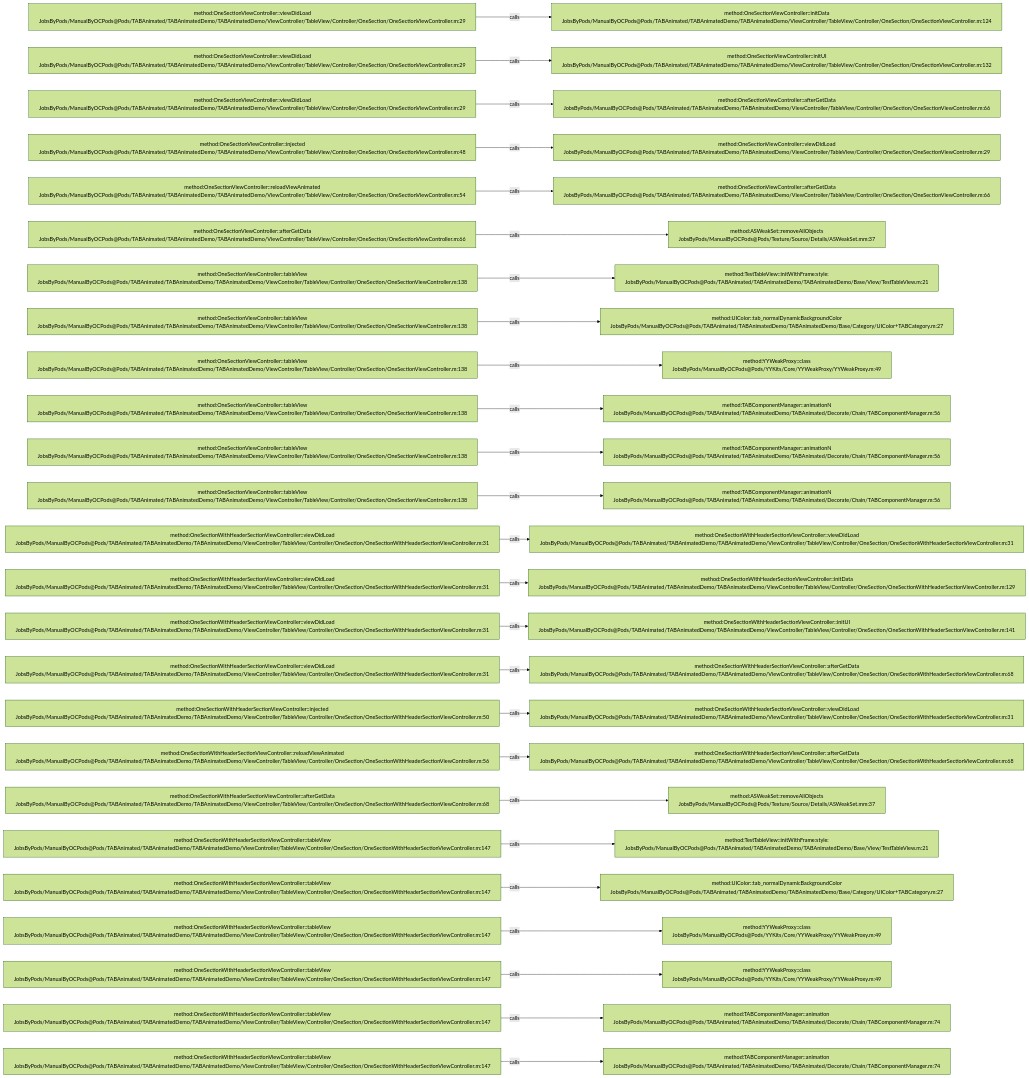
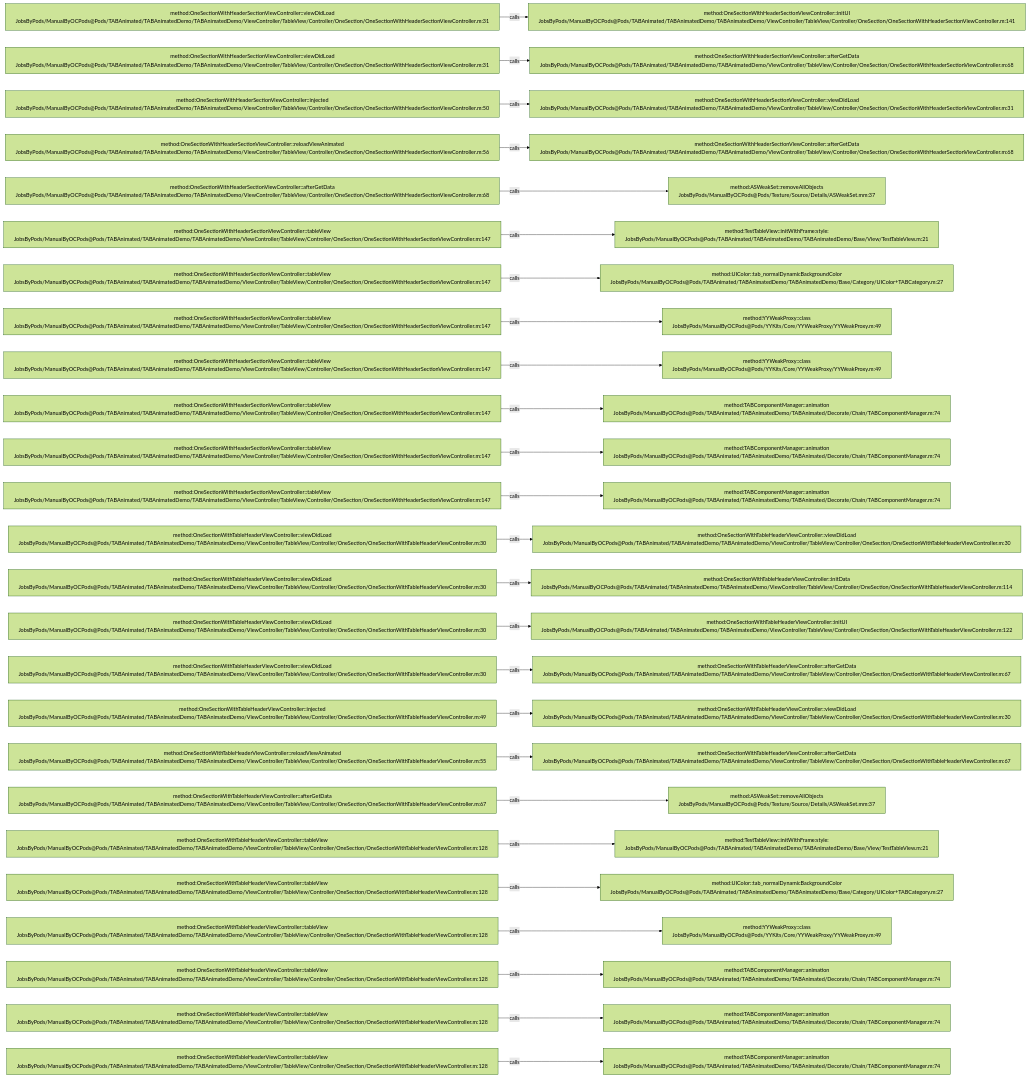
One commit to JobsKits/JobsOCBaseConfigDemo changed the diagram in .codegraph/codegraph.md/graphs/calls-058.md. Above: the diagram before and after it, drawn with Mermaid (forest theme). The commit also changed 296 other files, not shown here.

````diff
--- a/.codegraph/codegraph.md/graphs/calls-058.md
+++ b/.codegraph/codegraph.md/graphs/calls-058.md
@@ -13,78 +13,78 @@
 ```mermaid
 flowchart LR
-  S1["method:OneSectionViewController::viewDidLoad<br/>JobsByPods/ManualByOCPods@Pods/TABAnimated/TABAnimatedDemo/TABAnimatedDemo/ViewController/TableView/Controller/OneSection/OneSectionViewController.m:29"]
-  T1["method:OneSectionViewController::initData<br/>JobsByPods/ManualByOCPods@Pods/TABAnimated/TABAnimatedDemo/TABAnimatedDemo/ViewController/TableView/Controller/OneSection/OneSectionViewController.m:124"]
+  S1["method:OneSectionWithHeaderSectionViewController::viewDidLoad<br/>JobsByPods/ManualByOCPods@Pods/TABAnimated/TABAnimatedDemo/TABAnimatedDemo/ViewController/TableView/Controller/OneSection/OneSectionWithHeaderSectionViewController.m:31"]
+  T1["method:OneSectionWithHeaderSectionViewController::initUI<br/>JobsByPods/ManualByOCPods@Pods/TABAnimated/TABAnimatedDemo/TABAnimatedDemo/ViewController/TableView/Controller/OneSection/OneSectionWithHeaderSectionViewController.m:141"]
   S1 -->|calls| T1
-  S2["method:OneSectionViewController::viewDidLoad<br/>JobsByPods/ManualByOCPods@Pods/TABAnimated/TABAnimatedDemo/TABAnimatedDemo/ViewController/TableView/Controller/OneSection/OneSectionViewController.m:29"]
-  T2["method:OneSectionViewController::initUI<br/>JobsByPods/ManualByOCPods@Pods/TABAnimated/TABAnimatedDemo/TABAnimatedDemo/ViewController/TableView/Controller/OneSection/OneSectionViewController.m:132"]
+  S2["method:OneSectionWithHeaderSectionViewController::viewDidLoad<br/>JobsByPods/ManualByOCPods@Pods/TABAnimated/TABAnimatedDemo/TABAnimatedDemo/ViewController/TableView/Controller/OneSection/OneSectionWithHeaderSectionViewController.m:31"]
+  T2["method:OneSectionWithHeaderSectionViewController::afterGetData<br/>JobsByPods/ManualByOCPods@Pods/TABAnimated/TABAnimatedDemo/TABAnimatedDemo/ViewController/TableView/Controller/OneSection/OneSectionWithHeaderSectionViewController.m:68"]
   S2 -->|calls| T2
-  S3["method:OneSectionViewController::viewDidLoad<br/>JobsByPods/ManualByOCPods@Pods/TABAnimated/TABAnimatedDemo/TABAnimatedDemo/ViewController/TableView/Controller/OneSection/OneSectionViewController.m:29"]
-  T3["method:OneSectionViewController::afterGetData<br/>JobsByPods/ManualByOCPods@Pods/TABAnimated/TABAnimatedDemo/TABAnimatedDemo/ViewController/TableView/Controller/OneSection/OneSectionViewController.m:66"]
+  S3["method:OneSectionWithHeaderSectionViewController::injected<br/>JobsByPods/ManualByOCPods@Pods/TABAnimated/TABAnimatedDemo/TABAnimatedDemo/ViewController/TableView/Controller/OneSection/OneSectionWithHeaderSectionViewController.m:50"]
+  T3["method:OneSectionWithHeaderSectionViewController::viewDidLoad<br/>JobsByPods/ManualByOCPods@Pods/TABAnimated/TABAnimatedDemo/TABAnimatedDemo/ViewController/TableView/Controller/OneSection/OneSectionWithHeaderSectionViewController.m:31"]
   S3 -->|calls| T3
-  S4["method:OneSectionViewController::injected<br/>JobsByPods/ManualByOCPods@Pods/TABAnimated/TABAnimatedDemo/TABAnimatedDemo/ViewController/TableView/Controller/OneSection/OneSectionViewController.m:48"]
-  T4["method:OneSectionViewController::viewDidLoad<br/>JobsByPods/ManualByOCPods@Pods/TABAnimated/TABAnimatedDemo/TABAnimatedDemo/ViewController/TableView/Controller/OneSection/OneSectionViewController.m:29"]
+  S4["method:OneSectionWithHeaderSectionViewController::reloadViewAnimated<br/>JobsByPods/ManualByOCPods@Pods/TABAnimated/TABAnimatedDemo/TABAnimatedDemo/ViewController/TableView/Controller/OneSection/OneSectionWithHeaderSectionViewController.m:56"]
+  T4["method:OneSectionWithHeaderSectionViewController::afterGetData<br/>JobsByPods/ManualByOCPods@Pods/TABAnimated/TABAnimatedDemo/TABAnimatedDemo/ViewController/TableView/Controller/OneSection/OneSectionWithHeaderSectionViewController.m:68"]
   S4 -->|calls| T4
-  S5["method:OneSectionViewController::reloadViewAnimated<br/>JobsByPods/ManualByOCPods@Pods/TABAnimated/TABAnimatedDemo/TABAnimatedDemo/ViewController/TableView/Controller/OneSection/OneSectionViewController.m:54"]
-  T5["method:OneSectionViewController::afterGetData<br/>JobsByPods/ManualByOCPods@Pods/TABAnimated/TABAnimatedDemo/TABAnimatedDemo/ViewController/TableView/Controller/OneSection/OneSectionViewController.m:66"]
+  S5["method:OneSectionWithHeaderSectionViewController::afterGetData<br/>JobsByPods/ManualByOCPods@Pods/TABAnimated/TABAnimatedDemo/TABAnimatedDemo/ViewController/TableView/Controller/OneSection/OneSectionWithHeaderSectionViewController.m:68"]
+  T5["method:ASWeakSet::removeAllObjects<br/>JobsByPods/ManualByOCPods@Pods/Texture/Source/Details/ASWeakSet.mm:37"]
   S5 -->|calls| T5
-  S6["method:OneSectionViewController::afterGetData<br/>JobsByPods/ManualByOCPods@Pods/TABAnimated/TABAnimatedDemo/TABAnimatedDemo/ViewController/TableView/Controller/OneSection/OneSectionViewController.m:66"]
-  T6["method:ASWeakSet::removeAllObjects<br/>JobsByPods/ManualByOCPods@Pods/Texture/Source/Details/ASWeakSet.mm:37"]
+  S6["method:OneSectionWithHeaderSectionViewController::tableView<br/>JobsByPods/ManualByOCPods@Pods/TABAnimated/TABAnimatedDemo/TABAnimatedDemo/ViewController/TableView/Controller/OneSection/OneSectionWithHeaderSectionViewController.m:147"]
+  T6["method:TestTableView::initWithFrame:style:<br/>JobsByPods/ManualByOCPods@Pods/TABAnimated/TABAnimatedDemo/TABAnimatedDemo/Base/View/TestTableView.m:21"]
   S6 -->|calls| T6
-  S7["method:OneSectionViewController::tableView<br/>JobsByPods/ManualByOCPods@Pods/TABAnimated/TABAnimatedDemo/TABAnimatedDemo/ViewController/TableView/Controller/OneSection/OneSectionViewController.m:138"]
-  T7["method:TestTableView::initWithFrame:style:<br/>JobsByPods/ManualByOCPods@Pods/TABAnimated/TABAnimatedDemo/TABAnimatedDemo/Base/View/TestTableView.m:21"]
+  S7["method:OneSectionWithHeaderSectionViewController::tableView<br/>JobsByPods/ManualByOCPods@Pods/TABAnimated/TABAnimatedDemo/TABAnimatedDemo/ViewController/TableView/Controller/OneSection/OneSectionWithHeaderSectionViewController.m:147"]
+  T7["method:UIColor::tab_normalDynamicBackgroundColor<br/>JobsByPods/ManualByOCPods@Pods/TABAnimated/TABAnimatedDemo/TABAnimatedDemo/Base/Category/UIColor+TABCategory.m:27"]
   S7 -->|calls| T7
-  S8["method:OneSectionViewController::tableView<br/>JobsByPods/ManualByOCPods@Pods/TABAnimated/TABAnimatedDemo/TABAnimatedDemo/ViewController/TableView/Controller/OneSection/OneSectionViewController.m:138"]
-  T8["method:UIColor::tab_normalDynamicBackgroundColor<br/>JobsByPods/ManualByOCPods@Pods/TABAnimated/TABAnimatedDemo/TABAnimatedDemo/Base/Category/UIColor+TABCategory.m:27"]
+  S8["method:OneSectionWithHeaderSectionViewController::tableView<br/>JobsByPods/ManualByOCPods@Pods/TABAnimated/TABAnimatedDemo/TABAnimatedDemo/ViewController/TableView/Controller/OneSection/OneSectionWithHeaderSectionViewController.m:147"]
+  T8["method:YYWeakProxy::class<br/>JobsByPods/ManualByOCPods@Pods/YYKits/Core/YYWeakProxy/YYWeakProxy.m:49"]
   S8 -->|calls| T8
-  S9["method:OneSectionViewController::tableView<br/>JobsByPods/ManualByOCPods@Pods/TABAnimated/TABAnimatedDemo/TABAnimatedDemo/ViewController/TableView/Controller/OneSection/OneSectionViewController.m:138"]
+  S9["method:OneSectionWithHeaderSectionViewController::tableView<br/>JobsByPods/ManualByOCPods@Pods/TABAnimated/TABAnimatedDemo/TABAnimatedDemo/ViewController/TableView/Controller/OneSection/OneSectionWithHeaderSectionViewController.m:147"]
   T9["method:YYWeakProxy::class<br/>JobsByPods/ManualByOCPods@Pods/YYKits/Core/YYWeakProxy/YYWeakProxy.m:49"]
   S9 -->|calls| T9
-  S10["method:OneSectionViewController::tableView<br/>JobsByPods/ManualByOCPods@Pods/TABAnimated/TABAnimatedDemo/TABAnimatedDemo/ViewController/TableView/Controller/OneSection/OneSectionViewController.m:138"]
-  T10["method:TABComponentManager::animationN<br/>JobsByPods/ManualByOCPods@Pods/TABAnimated/TABAnimatedDemo/TABAnimated/Decorate/Chain/TABComponentManager.m:56"]
+  S10["method:OneSectionWithHeaderSectionViewController::tableView<br/>JobsByPods/ManualByOCPods@Pods/TABAnimated/TABAnimatedDemo/TABAnimatedDemo/ViewController/TableView/Controller/OneSection/OneSectionWithHeaderSectionViewController.m:147"]
+  T10["method:TABComponentManager::animation<br/>JobsByPods/ManualByOCPods@Pods/TABAnimated/TABAnimatedDemo/TABAnimated/Decorate/Chain/TABComponentManager.m:74"]
   S10 -->|calls| T10
-  S11["method:OneSectionViewController::tableView<br/>JobsByPods/ManualByOCPods@Pods/TABAnimated/TABAnimatedDemo/TABAnimatedDemo/ViewController/TableView/Controller/OneSection/OneSectionViewController.m:138"]
-  T11["method:TABComponentManager::animationN<br/>JobsByPods/ManualByOCPods@Pods/TABAnimated/TABAnimatedDemo/TABAnimated/Decorate/Chain/TABComponentManager.m:56"]
+  S11["method:OneSectionWithHeaderSectionViewController::tableView<br/>JobsByPods/ManualByOCPods@Pods/TABAnimated/TABAnimatedDemo/TABAnimatedDemo/ViewController/TableView/Controller/OneSection/OneSectionWithHeaderSectionViewController.m:147"]
+  T11["method:TABComponentManager::animation<br/>JobsByPods/ManualByOCPods@Pods/TABAnimated/TABAnimatedDemo/TABAnimated/Decorate/Chain/TABComponentManager.m:74"]
   S11 -->|calls| T11
-  S12["method:OneSectionViewController::tableView<br/>JobsByPods/ManualByOCPods@Pods/TABAnimated/TABAnimatedDemo/TABAnimatedDemo/ViewController/TableView/Controller/OneSection/OneSectionViewController.m:138"]
-  T12["method:TABComponentManager::animationN<br/>JobsByPods/ManualByOCPods@Pods/TABAnimated/TABAnimatedDemo/TABAnimated/Decorate/Chain/TABComponentManager.m:56"]
+  S12["method:OneSectionWithHeaderSectionViewController::tableView<br/>JobsByPods/ManualByOCPods@Pods/TABAnimated/TABAnimatedDemo/TABAnimatedDemo/ViewController/TableView/Controller/OneSection/OneSectionWithHeaderSectionViewController.m:147"]
+  T12["method:TABComponentManager::animation<br/>JobsByPods/ManualByOCPods@Pods/TABAnimated/TABAnimatedDemo/TABAnimated/Decorate/Chain/TABComponentManager.m:74"]
   S12 -->|calls| T12
-  S13["method:OneSectionWithHeaderSectionViewController::viewDidLoad<br/>JobsByPods/ManualByOCPods@Pods/TABAnimated/TABAnimatedDemo/TABAnimatedDemo/ViewController/TableView/Controller/OneSection/OneSectionWithHeaderSectionViewController.m:31"]
-  T13["method:OneSectionWithHeaderSectionViewController::viewDidLoad<br/>JobsByPods/ManualByOCPods@Pods/TABAnimated/TABAnimatedDemo/TABAnimatedDemo/ViewController/TableView/Controller/OneSection/OneSectionWithHeaderSectionViewController.m:31"]
+  S13["method:OneSectionWithTableHeaderViewController::viewDidLoad<br/>JobsByPods/ManualByOCPods@Pods/TABAnimated/TABAnimatedDemo/TABAnimatedDemo/ViewController/TableView/Controller/OneSection/OneSectionWithTableHeaderViewController.m:30"]
+  T13["method:OneSectionWithTableHeaderViewController::viewDidLoad<br/>JobsByPods/ManualByOCPods@Pods/TABAnimated/TABAnimatedDemo/TABAnimatedDemo/ViewController/TableView/Controller/OneSection/OneSectionWithTableHeaderViewController.m:30"]
   S13 -->|calls| T13
-  S14["method:OneSectionWithHeaderSectionViewController::viewDidLoad<br/>JobsByPods/ManualByOCPods@Pods/TABAnimated/TABAnimatedDemo/TABAnimatedDemo/ViewController/TableView/Controller/OneSection/OneSectionWithHeaderSectionViewController.m:31"]
-  T14["method:OneSectionWithHeaderSectionViewController::initData<br/>JobsByPods/ManualByOCPods@Pods/TABAnimated/TABAnimatedDemo/TABAnimatedDemo/ViewController/TableView/Controller/OneSection/OneSectionWithHeaderSectionViewController.m:129"]
+  S14["method:OneSectionWithTableHeaderViewController::viewDidLoad<br/>JobsByPods/ManualByOCPods@Pods/TABAnimated/TABAnimatedDemo/TABAnimatedDemo/ViewController/TableView/Controller/OneSection/OneSectionWithTableHeaderViewController.m:30"]
+  T14["method:OneSectionWithTableHeaderViewController::initData<br/>JobsByPods/ManualByOCPods@Pods/TABAnimated/TABAnimatedDemo/TABAnimatedDemo/ViewController/TableView/Controller/OneSection/OneSectionWithTableHeaderViewController.m:114"]
   S14 -->|calls| T14
-  S15["method:OneSectionWithHeaderSectionViewController::viewDidLoad<br/>JobsByPods/ManualByOCPods@Pods/TABAnimated/TABAnimatedDemo/TABAnimatedDemo/ViewController/TableView/Controller/OneSection/OneSectionWithHeaderSectionViewController.m:31"]
-  T15["method:OneSectionWithHeaderSectionViewController::initUI<br/>JobsByPods/ManualByOCPods@Pods/TABAnimated/TABAnimatedDemo/TABAnimatedDemo/ViewController/TableView/Controller/OneSection/OneSectionWithHeaderSectionViewController.m:141"]
+  S15["method:OneSectionWithTableHeaderViewController::viewDidLoad<br/>JobsByPods/ManualByOCPods@Pods/TABAnimated/TABAnimatedDemo/TABAnimatedDemo/ViewController/TableView/Controller/OneSection/OneSectionWithTableHeaderViewController.m:30"]
+  T15["method:OneSectionWithTableHeaderViewController::initUI<br/>JobsByPods/ManualByOCPods@Pods/TABAnimated/TABAnimatedDemo/TABAnimatedDemo/ViewController/TableView/Controller/OneSection/OneSectionWithTableHeaderViewController.m:122"]
   S15 -->|calls| T15
-  S16["method:OneSectionWithHeaderSectionViewController::viewDidLoad<br/>JobsByPods/ManualByOCPods@Pods/TABAnimated/TABAnimatedDemo/TABAnimatedDemo/ViewController/TableView/Controller/OneSection/OneSectionWithHeaderSectionViewController.m:31"]
-  T16["method:OneSectionWithHeaderSectionViewController::afterGetData<br/>JobsByPods/ManualByOCPods@Pods/TABAnimated/TABAnimatedDemo/TABAnimatedDemo/ViewController/TableView/Controller/OneSection/OneSectionWithHeaderSectionViewController.m:68"]
+  S16["method:OneSectionWithTableHeaderViewController::viewDidLoad<br/>JobsByPods/ManualByOCPods@Pods/TABAnimated/TABAnimatedDemo/TABAnimatedDemo/ViewController/TableView/Controller/OneSection/OneSectionWithTableHeaderViewController.m:30"]
+  T16["method:OneSectionWithTableHeaderViewController::afterGetData<br/>JobsByPods/ManualByOCPods@Pods/TABAnimated/TABAnimatedDemo/TABAnimatedDemo/ViewController/TableView/Controller/OneSection/OneSectionWithTableHeaderViewController.m:67"]
   S16 -->|calls| T16
-  S17["method:OneSectionWithHeaderSectionViewController::injected<br/>JobsByPods/ManualByOCPods@Pods/TABAnimated/TABAnimatedDemo/TABAnimatedDemo/ViewController/TableView/Controller/OneSection/OneSectionWithHeaderSectionViewController.m:50"]
-  T17["method:OneSectionWithHeaderSectionViewController::viewDidLoad<br/>JobsByPods/ManualByOCPods@Pods/TABAnimated/TABAnimatedDemo/TABAnimatedDemo/ViewController/TableView/Controller/OneSection/OneSectionWithHeaderSectionViewController.m:31"]
+  S17["method:OneSectionWithTableHeaderViewController::injected<br/>JobsByPods/ManualByOCPods@Pods/TABAnimated/TABAnimatedDemo/TABAnimatedDemo/ViewController/TableView/Controller/OneSection/OneSectionWithTableHeaderViewController.m:49"]
+  T17["method:OneSectionWithTableHeaderViewController::viewDidLoad<br/>JobsByPods/ManualByOCPods@Pods/TABAnimated/TABAnimatedDemo/TABAnimatedDemo/ViewController/TableView/Controller/OneSection/OneSectionWithTableHeaderViewController.m:30"]
   S17 -->|calls| T17
-  S18["method:OneSectionWithHeaderSectionViewController::reloadViewAnimated<br/>JobsByPods/ManualByOCPods@Pods/TABAnimated/TABAnimatedDemo/TABAnimatedDemo/ViewController/TableView/Controller/OneSection/OneSectionWithHeaderSectionViewController.m:56"]
-  T18["method:OneSectionWithHeaderSectionViewController::afterGetData<br/>JobsByPods/ManualByOCPods@Pods/TABAnimated/TABAnimatedDemo/TABAnimatedDemo/ViewController/TableView/Controller/OneSection/OneSectionWithHeaderSectionViewController.m:68"]
+  S18["method:OneSectionWithTableHeaderViewController::reloadViewAnimated<br/>JobsByPods/ManualByOCPods@Pods/TABAnimated/TABAnimatedDemo/TABAnimatedDemo/ViewController/TableView/Controller/OneSection/OneSectionWithTableHeaderViewController.m:55"]
+  T18["method:OneSectionWithTableHeaderViewController::afterGetData<br/>JobsByPods/ManualByOCPods@Pods/TABAnimated/TABAnimatedDemo/TABAnimatedDemo/ViewController/TableView/Controller/OneSection/OneSectionWithTableHeaderViewController.m:67"]
   S18 -->|calls| T18
-  S19["method:OneSectionWithHeaderSectionViewController::afterGetData<br/>JobsByPods/ManualByOCPods@Pods/TABAnimated/TABAnimatedDemo/TABAnimatedDemo/ViewController/TableView/Controller/OneSection/OneSectionWithHeaderSectionViewController.m:68"]
+  S19["method:OneSectionWithTableHeaderViewController::afterGetData<br/>JobsByPods/ManualByOCPods@Pods/TABAnimated/TABAnimatedDemo/TABAnimatedDemo/ViewController/TableView/Controller/OneSection/OneSectionWithTableHeaderViewController.m:67"]
   T19["method:ASWeakSet::removeAllObjects<br/>JobsByPods/ManualByOCPods@Pods/Texture/Source/Details/ASWeakSet.mm:37"]
   S19 -->|calls| T19
-  S20["method:OneSectionWithHeaderSectionViewController::tableView<br/>JobsByPods/ManualByOCPods@Pods/TABAnimated/TABAnimatedDemo/TABAnimatedDemo/ViewController/TableView/Controller/OneSection/OneSectionWithHeaderSectionViewController.m:147"]
+  S20["method:OneSectionWithTableHeaderViewController::tableView<br/>JobsByPods/ManualByOCPods@Pods/TABAnimated/TABAnimatedDemo/TABAnimatedDemo/ViewController/TableView/Controller/OneSection/OneSectionWithTableHeaderViewController.m:128"]
   T20["method:TestTableView::initWithFrame:style:<br/>JobsByPods/ManualByOCPods@Pods/TABAnimated/TABAnimatedDemo/TABAnimatedDemo/Base/View/TestTableView.m:21"]
   S20 -->|calls| T20
-  S21["method:OneSectionWithHeaderSectionViewController::tableView<br/>JobsByPods/ManualByOCPods@Pods/TABAnimated/TABAnimatedDemo/TABAnimatedDemo/ViewController/TableView/Controller/OneSection/OneSectionWithHeaderSectionViewController.m:147"]
+  S21["method:OneSectionWithTableHeaderViewController::tableView<br/>JobsByPods/ManualByOCPods@Pods/TABAnimated/TABAnimatedDemo/TABAnimatedDemo/ViewController/TableView/Controller/OneSection/OneSectionWithTableHeaderViewController.m:128"]
   T21["method:UIColor::tab_normalDynamicBackgroundColor<br/>JobsByPods/ManualByOCPods@Pods/TABAnimated/TABAnimatedDemo/TABAnimatedDemo/Base/Category/UIColor+TABCategory.m:27"]
   S21 -->|calls| T21
-  S22["method:OneSectionWithHeaderSectionViewController::tableView<br/>JobsByPods/ManualByOCPods@Pods/TABAnimated/TABAnimatedDemo/TABAnimatedDemo/ViewController/TableView/Controller/OneSection/OneSectionWithHeaderSectionViewController.m:147"]
+  S22["method:OneSectionWithTableHeaderViewController::tableView<br/>JobsByPods/ManualByOCPods@Pods/TABAnimated/TABAnimatedDemo/TABAnimatedDemo/ViewController/TableView/Controller/OneSection/OneSectionWithTableHeaderViewController.m:128"]
   T22["method:YYWeakProxy::class<br/>JobsByPods/ManualByOCPods@Pods/YYKits/Core/YYWeakProxy/YYWeakProxy.m:49"]
   S22 -->|calls| T22
-  S23["method:OneSectionWithHeaderSectionViewController::tableView<br/>JobsByPods/ManualByOCPods@Pods/TABAnimated/TABAnimatedDemo/TABAnimatedDemo/ViewController/TableView/Controller/OneSection/OneSectionWithHeaderSectionViewController.m:147"]
-  T23["method:YYWeakProxy::class<br/>JobsByPods/ManualByOCPods@Pods/YYKits/Core/YYWeakProxy/YYWeakProxy.m:49"]
+  S23["method:OneSectionWithTableHeaderViewController::tableView<br/>JobsByPods/ManualByOCPods@Pods/TABAnimated/TABAnimatedDemo/TABAnimatedDemo/ViewController/TableView/Controller/OneSection/OneSectionWithTableHeaderViewController.m:128"]
+  T23["method:TABComponentManager::animation<br/>JobsByPods/ManualByOCPods@Pods/TABAnimated/TABAnimatedDemo/TABAnimated/Decorate/Chain/TABComponentManager.m:74"]
   S23 -->|calls| T23
-  S24["method:OneSectionWithHeaderSectionViewController::tableView<br/>JobsByPods/ManualByOCPods@Pods/TABAnimated/TABAnimatedDemo/TABAnimatedDemo/ViewController/TableView/Controller/OneSection/OneSectionWithHeaderSectionViewController.m:147"]
+  S24["method:OneSectionWithTableHeaderViewController::tableView<br/>JobsByPods/ManualByOCPods@Pods/TABAnimated/TABAnimatedDemo/TABAnimatedDemo/ViewController/TableView/Controller/OneSection/OneSectionWithTableHeaderViewController.m:128"]
   T24["method:TABComponentManager::animation<br/>JobsByPods/ManualByOCPods@Pods/TABAnimated/TABAnimatedDemo/TABAnimated/Decorate/Chain/TABComponentManager.m:74"]
   S24 -->|calls| T24
-  S25["method:OneSectionWithHeaderSectionViewController::tableView<br/>JobsByPods/ManualByOCPods@Pods/TABAnimated/TABAnimatedDemo/TABAnimatedDemo/ViewController/TableView/Controller/OneSection/OneSectionWithHeaderSectionViewController.m:147"]
+  S25["method:OneSectionWithTableHeaderViewController::tableView<br/>JobsByPods/ManualByOCPods@Pods/TABAnimated/TABAnimatedDemo/TABAnimatedDemo/ViewController/TableView/Controller/OneSection/OneSectionWithTableHeaderViewController.m:128"]
   T25["method:TABComponentManager::animation<br/>JobsByPods/ManualByOCPods@Pods/TABAnimated/TABAnimatedDemo/TABAnimated/Decorate/Chain/TABComponentManager.m:74"]
   S25 -->|calls| T25
 ```
````
